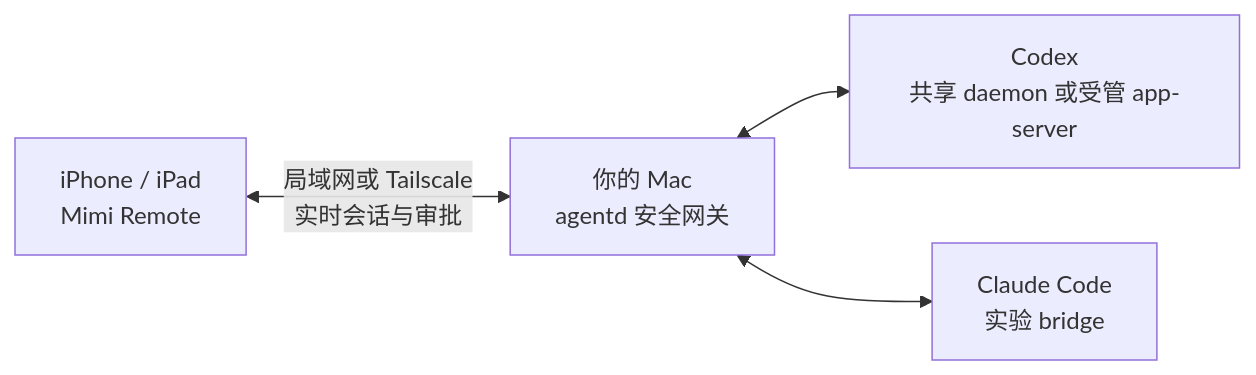
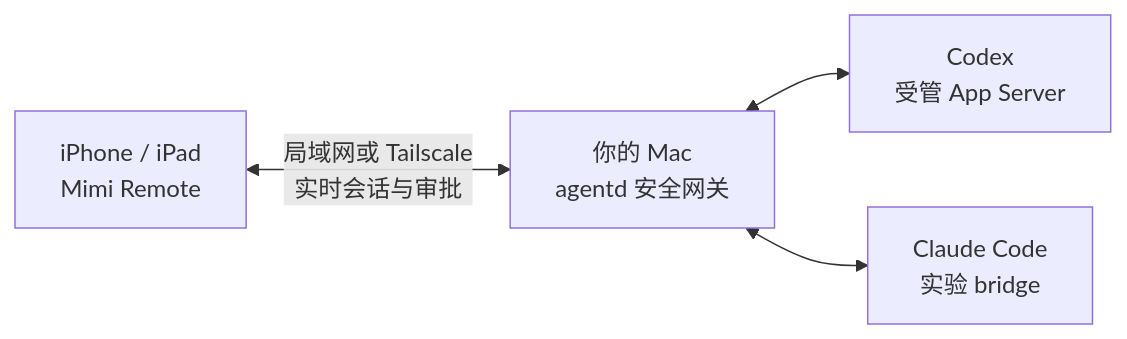
The diagram in README.zh-CN.md (gaixianggeng/mimi-remote), drawn with Mermaid before and after one commit. The commit also changed other lines of this file and 140 other files, not shown here.

````diff
--- a/README.zh-CN.md
+++ b/README.zh-CN.md
@@ -143,11 +143,11 @@
 ```mermaid
 flowchart LR
     Mobile["iPhone / iPad<br/>Mimi Remote"]
     Gateway["你的 Mac<br/>agentd 安全网关"]
-    Codex["Codex<br/>共享 daemon 或受管 app-server"]
+    Codex["Codex<br/>受管 App Server"]
     Claude["Claude Code<br/>实验 bridge"]
 
     Mobile <-->|"局域网或 Tailscale<br/>实时会话与审批"| Gateway
     Gateway <--> Codex
     Gateway <--> Claude
 ```
````
